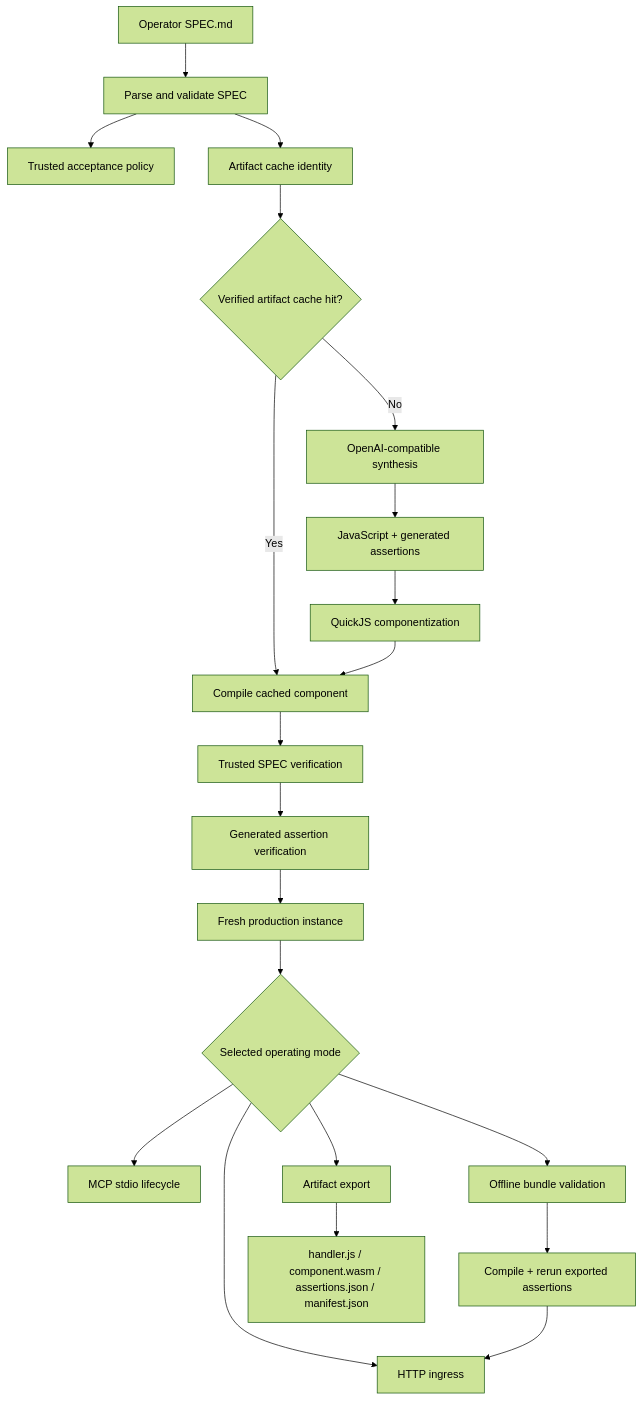
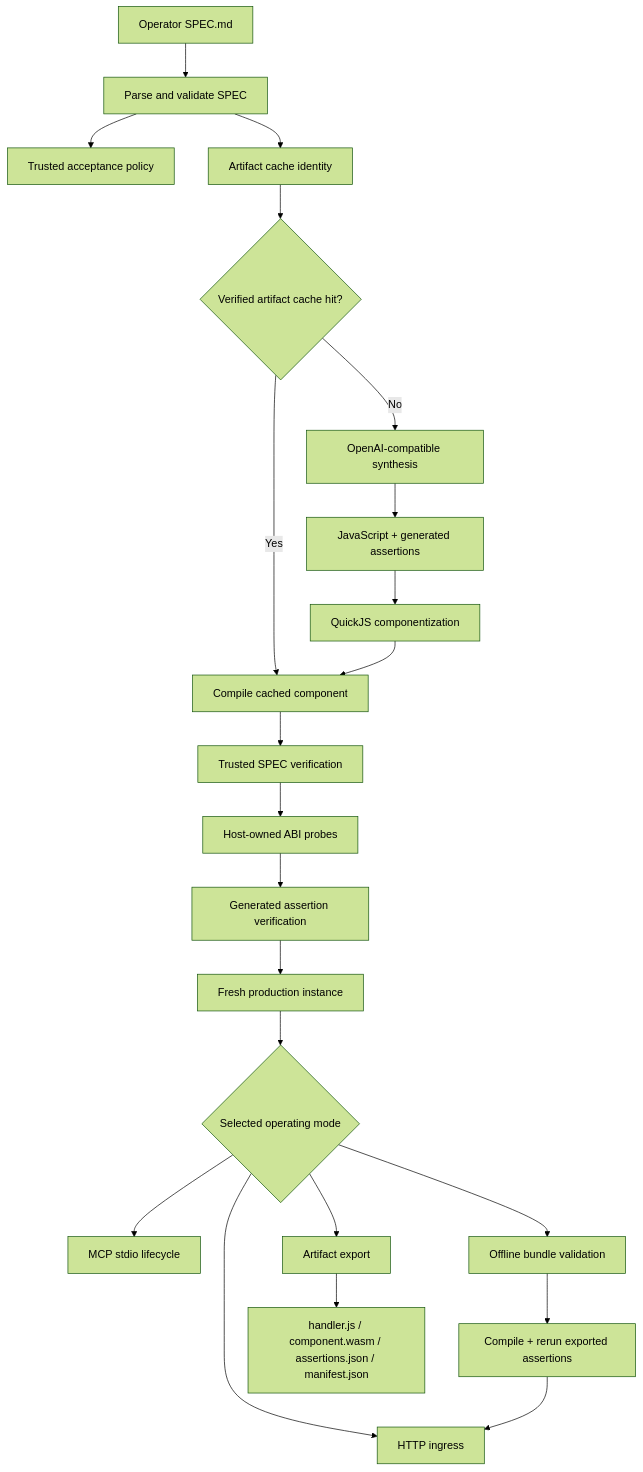
One commit to NonOps/nosrc changed the diagram in ARCHITECTURE.md. Above: the diagram before and after it, drawn with Mermaid (forest theme). The commit also changed other lines of this file, not shown here.

Commit message:
Document synthesis trust boundary and host probes

````diff
--- a/ARCHITECTURE.md
+++ b/ARCHITECTURE.md
@@ -18,23 +18,24 @@
 ```mermaid
 flowchart TD
     SPEC["Operator SPEC.md"] --> PARSE["Parse and validate SPEC"]
     PARSE --> POLICY["Trusted acceptance policy"]
     PARSE --> KEY["Artifact cache identity"]
     KEY --> CACHE{"Verified artifact cache hit?"}
     CACHE -->|No| LLM["OpenAI-compatible synthesis"]
     LLM --> JS["JavaScript + generated assertions"]
     JS --> COMPONENTIZE["QuickJS componentization"]
     CACHE -->|Yes| COMPILE["Compile cached component"]
     COMPONENTIZE --> COMPILE
     COMPILE --> TRUST["Trusted SPEC verification"]
-    TRUST --> GENERATED["Generated assertion verification"]
+    TRUST --> HOST["Host-owned ABI probes"]
+    HOST --> GENERATED["Generated assertion verification"]
     GENERATED --> PROD["Fresh production instance"]
     PROD --> MODES{"Selected operating mode"}
     MODES --> HTTP["HTTP ingress"]
     MODES --> MCP["MCP stdio lifecycle"]
     MODES --> EXPORT["Artifact export"]
     MODES --> OFFLINE["Offline bundle validation"]
     OFFLINE --> VERIFYB["Compile + rerun exported assertions"]
     VERIFYB --> HTTP
     EXPORT --> FILES["handler.js / component.wasm / assertions.json / manifest.json"]
 ```
````
